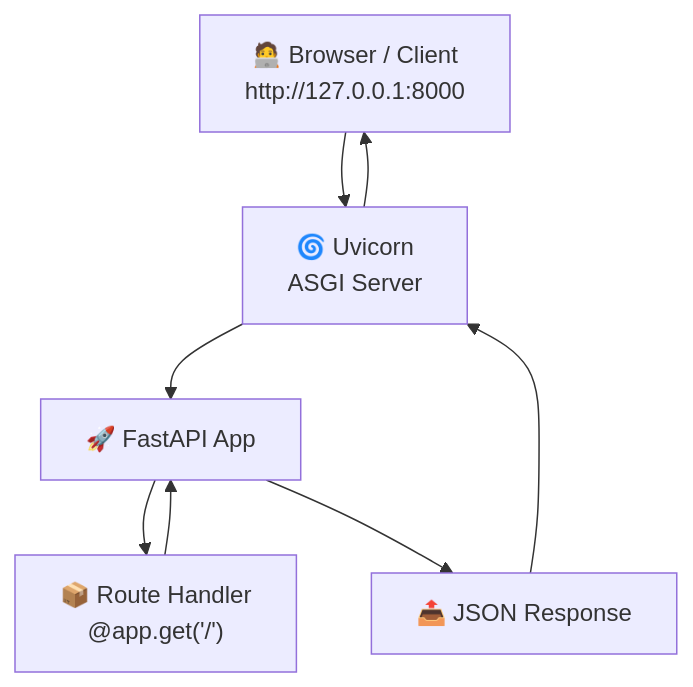
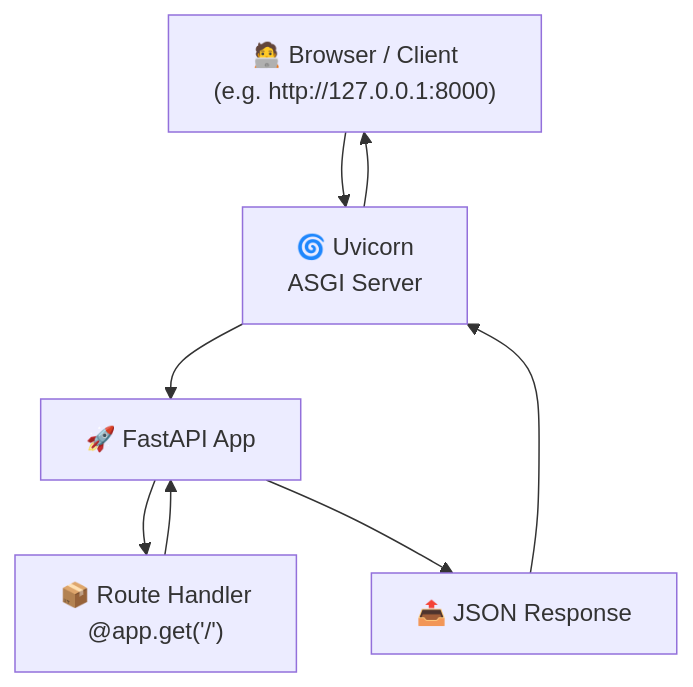
Before and after one commit to berserkhmdvhb/Training-API: the first of 2 diagrams in README.md, drawn with Mermaid.

````diff
--- a/README.md
+++ b/README.md
@@ -6,16 +6,16 @@
 ```mermaid
 graph TD
-    Browser["🧑‍💻 Browser / Client\nhttp://127.0.0.1:8000"]
-    Uvicorn["🌀 Uvicorn\nASGI Server"]
-    FastAPI["🚀 FastAPI App"]
-    Route["📦 Route Handler\n@app.get('/')"]
-    JSON["📤 JSON Response"]
+    A["🧑‍💻 Browser / Client\n(e.g. http://127.0.0.1:8000)"]
+    B["🌀 Uvicorn\nASGI Server"]
+    C["🚀 FastAPI App"]
+    D["📦 Route Handler\n@app.get('/')"]
+    E["📤 JSON Response"]
 
-    Browser --> Uvicorn
-    Uvicorn --> FastAPI
-    FastAPI --> Route
-    Route --> FastAPI
-    FastAPI --> JSON
-    JSON --> Uvicorn
-    Uvicorn --> Browser
+    A --> B
+    B --> C
+    C --> D
+    D --> C
+    C --> E
+    E --> B
+    B --> A
 ```
````
